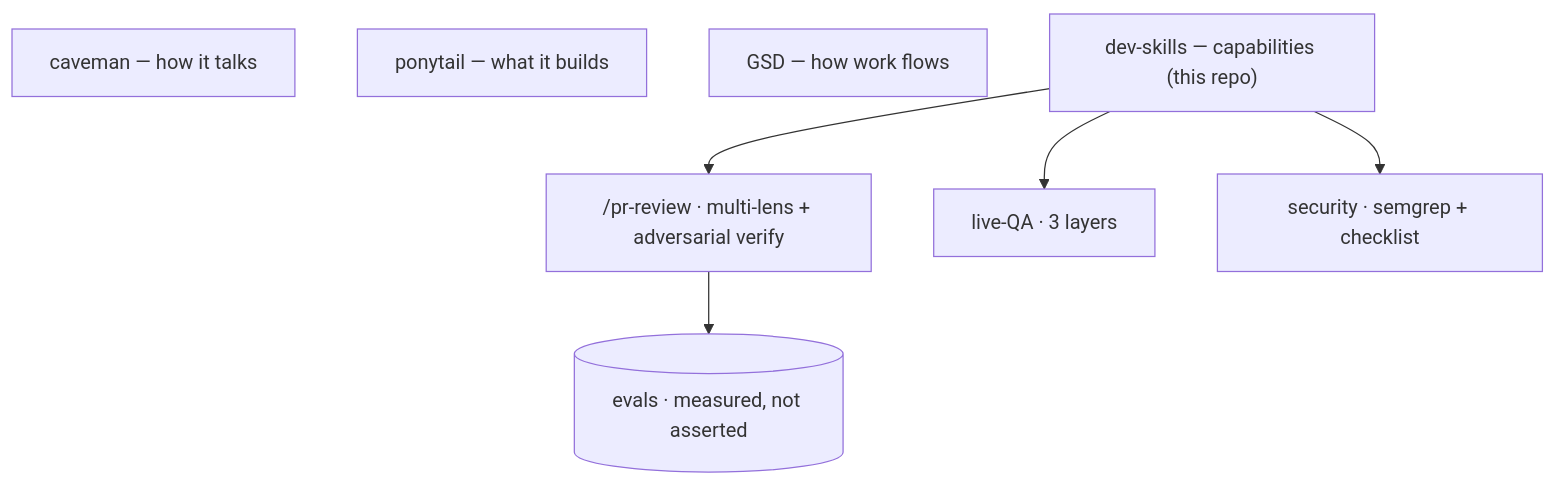
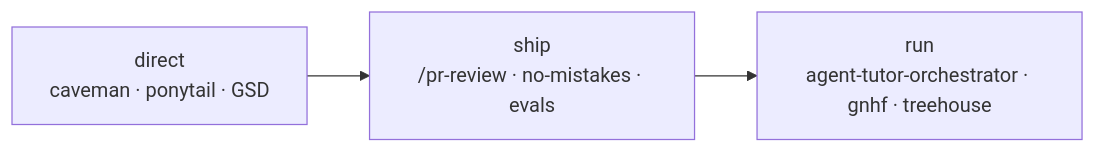
Before and after one commit to LFTPadilla/agent-dev-kit: the diagram in README.md, drawn with Mermaid. The commit also changed other lines of this file and 31 other files, not shown here.

First line of the commit message:
Polish public kit: scrub employer defaults, rename Agent Tutor Orchestrator, and document toolchain layers.

````diff
--- a/README.md
+++ b/README.md
@@ -9,11 +9,7 @@
 ```mermaid
-flowchart TB
-  C["caveman — how it talks"]
-  P["ponytail — what it builds"]
-  G["GSD — how work flows"]
-  S["dev-skills — capabilities (this repo)"]
-  S --> R["/pr-review · multi-lens + adversarial verify"]
-  S --> Q["live-QA · 3 layers"]
-  S --> SC["security · semgrep + checklist"]
-  R --> E[("evals · measured, not asserted")]
+flowchart LR
+  direct["direct\ncaveman · ponytail · GSD"]
+  ship["ship\n/pr-review · no-mistakes · evals"]
+  run["run\nagent-tutor-orchestrator · gnhf · treehouse"]
+  direct --> ship --> run
 ```
````
